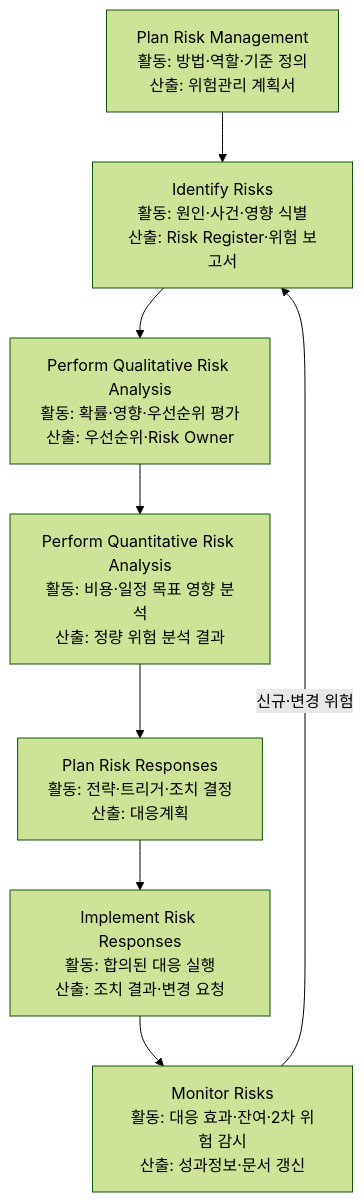
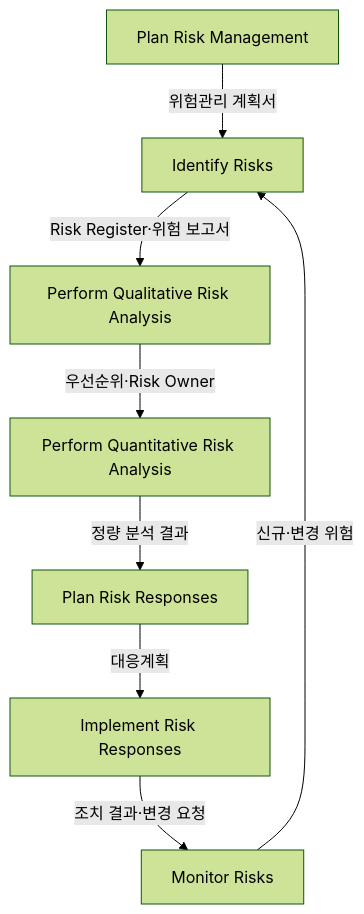
The first of 5 diagrams in src/content/docs/notes/itpe/01-it-strategy/009_project_risk_management_negative.md (agnusdei1207/study), drawn with Mermaid (forest theme) before and after one commit. The commit also changed other lines of this file and 19 other files, not shown here.

````diff
--- a/src/content/docs/notes/itpe/01-it-strategy/009_project_risk_management_negative.md
+++ b/src/content/docs/notes/itpe/01-it-strategy/009_project_risk_management_negative.md
@@ -55,10 +53,10 @@
 ```mermaid
 flowchart TD
-    P["Plan Risk Management<br/>활동: 방법·역할·기준 정의<br/>산출: 위험관리 계획서"] --> I["Identify Risks<br/>활동: 원인·사건·영향 식별<br/>산출: Risk Register·위험 보고서"]
-    I --> QL["Perform Qualitative Risk Analysis<br/>활동: 확률·영향·우선순위 평가<br/>산출: 우선순위·Risk Owner"]
-    QL --> QT["Perform Quantitative Risk Analysis<br/>활동: 비용·일정 목표 영향 분석<br/>산출: 정량 위험 분석 결과"]
-    QT --> PR["Plan Risk Responses<br/>활동: 전략·트리거·조치 결정<br/>산출: 대응계획"]
-    PR --> IR["Implement Risk Responses<br/>활동: 합의된 대응 실행<br/>산출: 조치 결과·변경 요청"]
-    IR --> M["Monitor Risks<br/>활동: 대응 효과·잔여·2차 위험 감시<br/>산출: 성과정보·문서 갱신"]
-    M -->|신규·변경 위험| I
+    P["Plan Risk Management"] -->|"위험관리 계획서"| I["Identify Risks"]
+    I -->|"Risk Register·위험 보고서"| QL["Perform Qualitative Risk Analysis"]
+    QL -->|"우선순위·Risk Owner"| QT["Perform Quantitative Risk Analysis"]
+    QT -->|"정량 분석 결과"| PR["Plan Risk Responses"]
+    PR -->|"대응계획"| IR["Implement Risk Responses"]
+    IR -->|"조치 결과·변경 요청"| M["Monitor Risks"]
+    M -->|"신규·변경 위험"| I
 ```
````
